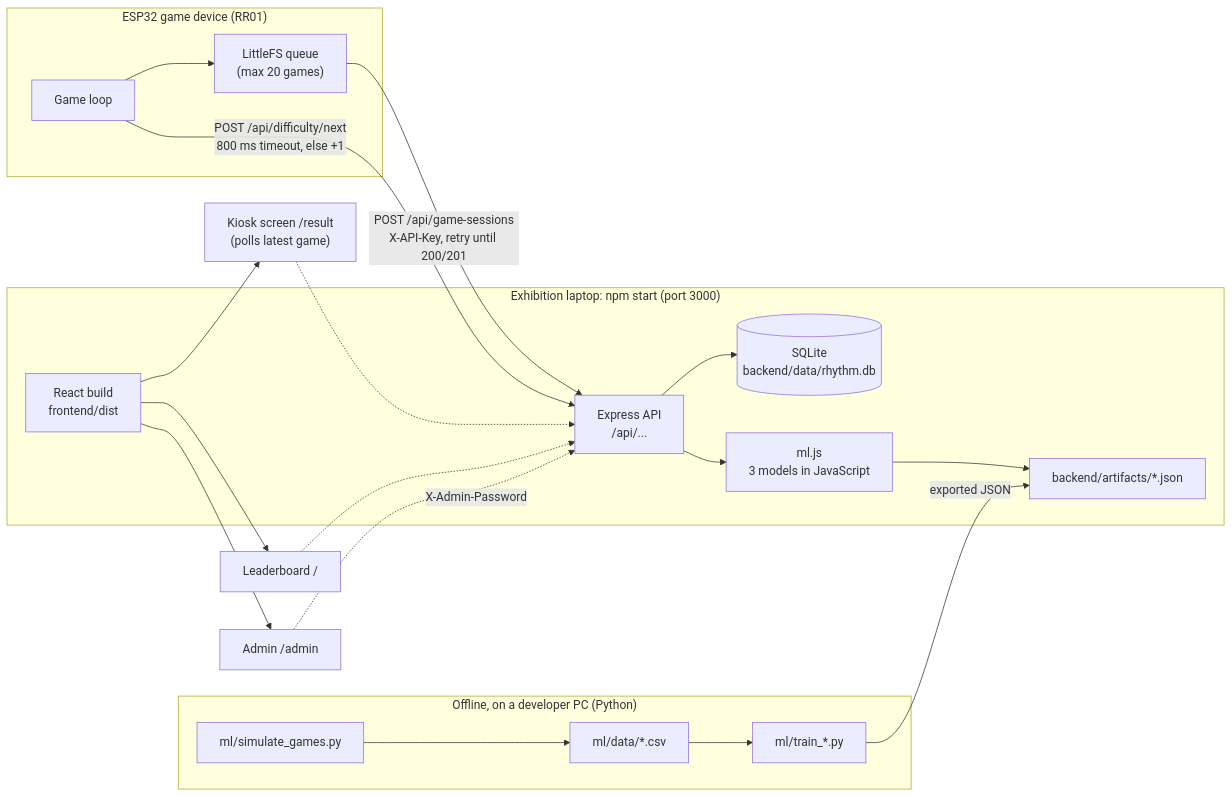
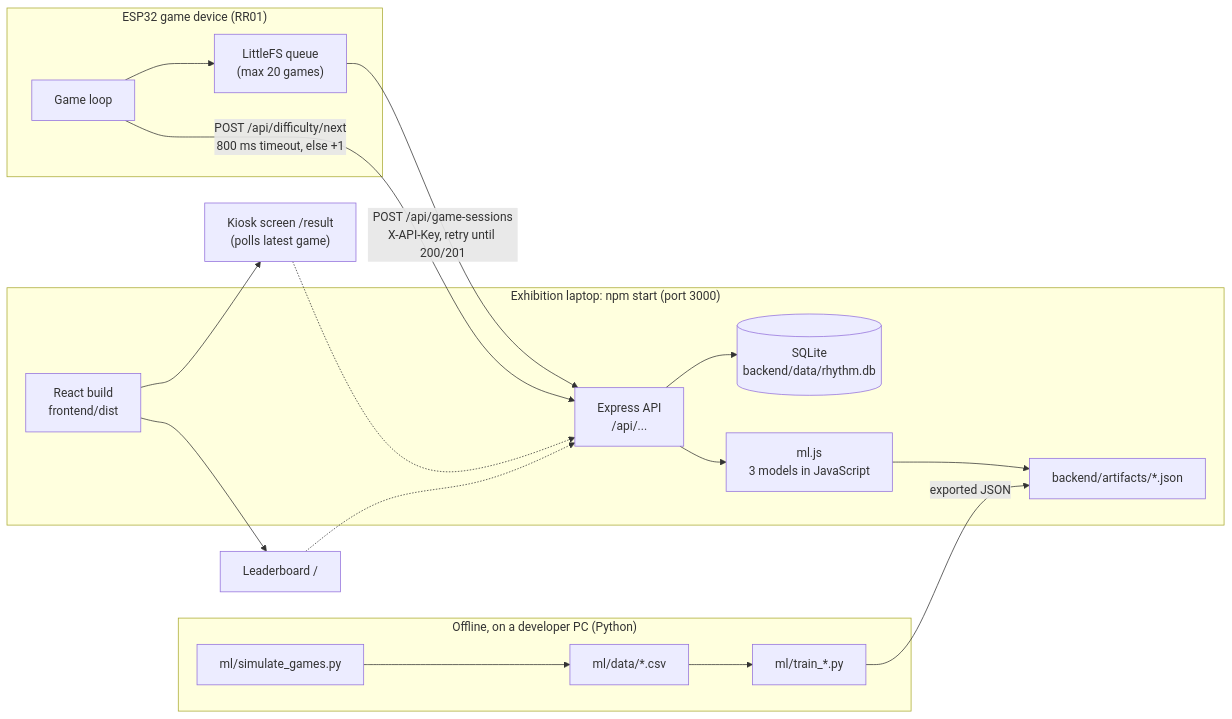
Before and after one commit to Dabe2004/RhythmRush: the diagram in README.md, drawn with Mermaid. The commit also changed other lines of this file and 86 other files, not shown here.

````diff
--- a/README.md
+++ b/README.md
@@ -25,33 +25,31 @@
 ```mermaid
 flowchart LR
   subgraph DEV["ESP32 game device (RR01)"]
     GAME["Game loop"] --> QUEUE["LittleFS queue<br/>(max 20 games)"]
   end
 
   subgraph LAPTOP["Exhibition laptop: npm start (port 3000)"]
     API["Express API<br/>/api/..."]
     DB[("SQLite<br/>backend/data/rhythm.db")]
     ML["ml.js<br/>3 models in JavaScript"]
     ART["backend/artifacts/*.json"]
     WEB["React build<br/>frontend/dist"]
     API --> DB
     API --> ML
     ML --> ART
   end
 
   QUEUE -- "POST /api/game-sessions<br/>X-API-Key, retry until 200/201" --> API
   GAME -- "POST /api/difficulty/next<br/>800 ms timeout, else +1" --> API
 
   WEB --> KIOSK["Kiosk screen /result<br/>(polls latest game)"]
   WEB --> BOARD["Leaderboard /"]
-  WEB --> ADMIN["Admin /admin"]
   KIOSK -.-> API
   BOARD -.-> API
-  ADMIN -. "X-Admin-Password" .-> API
 
   subgraph OFFLINE["Offline, on a developer PC (Python)"]
     SIMU["ml/simulate_games.py"] --> CSV["ml/data/*.csv"]
     CSV --> TRAIN["ml/train_*.py"]
   end
   TRAIN -- "exported JSON" --> ART
 ```
````
